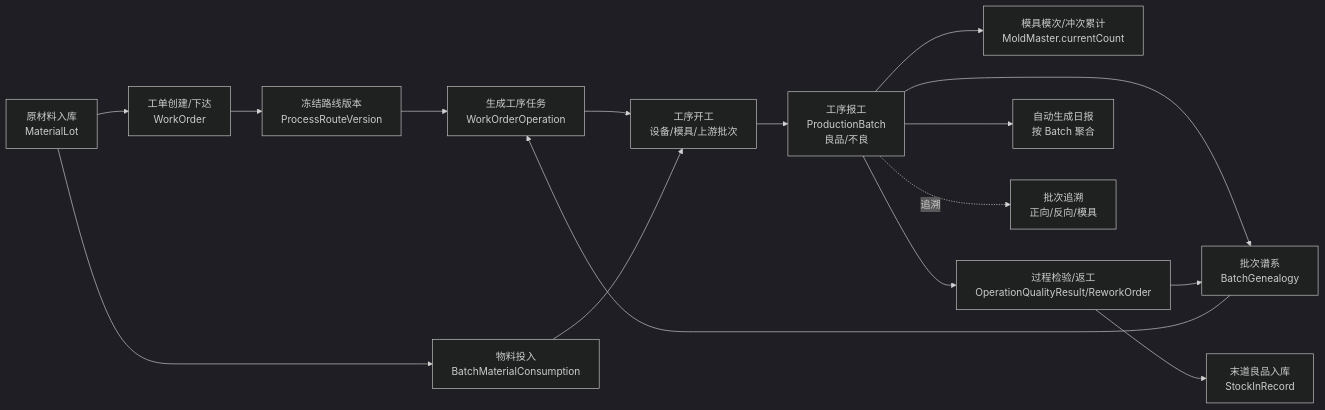
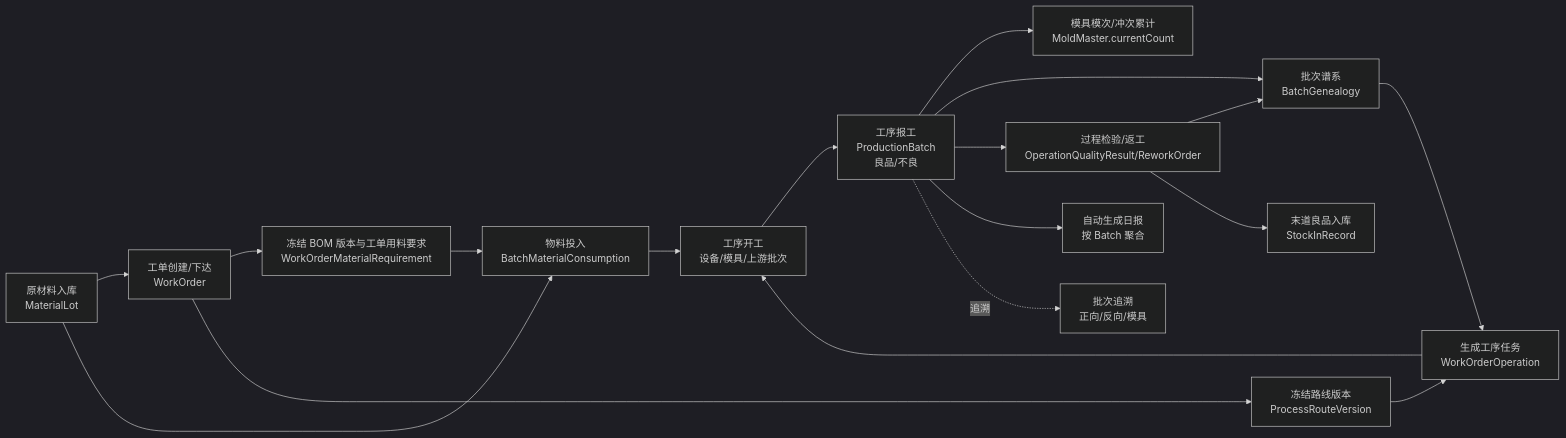
The diagram in PROJECT_INDEX.md (wangpeng1017/0712taiguomes), drawn with Mermaid (dark theme) before and after one commit. The commit also changed other lines of this file and 29 other files, not shown here.

````diff
--- a/PROJECT_INDEX.md
+++ b/PROJECT_INDEX.md
@@ -28,18 +28,20 @@
 ```mermaid
 flowchart LR
     A[原材料入库<br/>MaterialLot] --> B[工单创建/下达<br/>WorkOrder]
+    B --> BOM[冻结 BOM 版本与工单用料要求<br/>WorkOrderMaterialRequirement]
     B --> R[冻结路线版本<br/>ProcessRouteVersion]
     R --> O[生成工序任务<br/>WorkOrderOperation]
     A --> C[物料投入<br/>BatchMaterialConsumption]
+    BOM --> C
     O --> D[工序开工<br/>设备/模具/上游批次]
     C --> D
     D --> E[工序报工<br/>ProductionBatch<br/>良品/不良]
     E --> F[模具模次/冲次累计<br/>MoldMaster.currentCount]
     E --> G[不良登记<br/>DefectRecord]
     E --> Q[过程检验/返工<br/>OperationQualityResult/ReworkOrder]
     Q --> G[批次谱系<br/>BatchGenealogy]
     G --> O
     Q --> H[末道良品入库<br/>StockInRecord]
     E --> I[自动生成日报<br/>按 Batch 聚合]
     E -.追溯.-> J[批次追溯<br/>正向/反向/模具]
 ```
````
